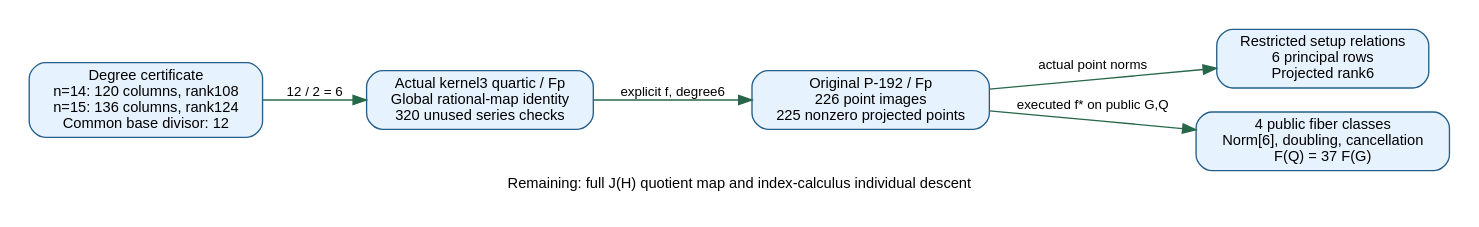
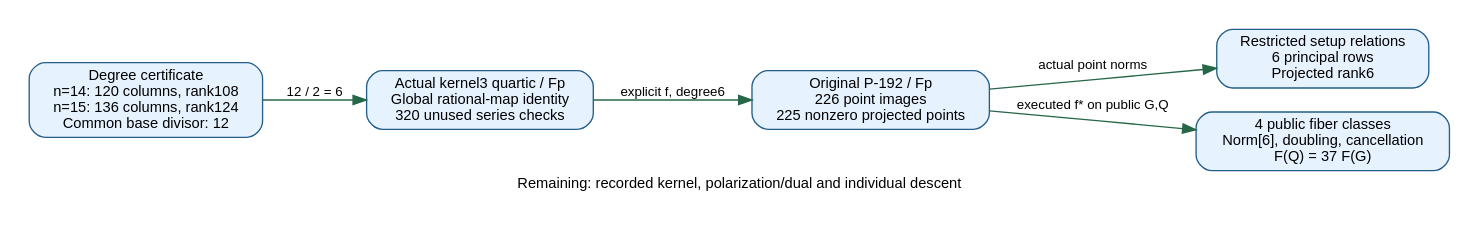
Before and after one commit to isogeny-labs/crypto: the diagram in research/nist_cover_three_tests_20261116/figures/backmap.dot, drawn with Graphviz. The commit also changed 63 other files, not shown here.

```diff
--- a/research/nist_cover_three_tests_20261116/figures/backmap.dot
+++ b/research/nist_cover_three_tests_20261116/figures/backmap.dot
@@ -1,15 +1,15 @@
 digraph backmap {
   graph [rankdir=LR,bgcolor="white",pad=0.2,ranksep=0.4];
   node [shape=box,style="rounded,filled",fontname="Helvetica",fontsize=11,fillcolor="#e7f2ff",color="#235e8a"];
   edge [fontname="Helvetica",fontsize=10,color="#276749"];
-  graph [label="Remaining: full J(H) quotient map and index-calculus individual descent",labelloc=b,fontname="Helvetica",fontsize=11];
+  graph [label="Remaining: recorded kernel, polarization/dual and individual descent",labelloc=b,fontname="Helvetica",fontsize=11];
   quartic [label="Actual kernel3 quartic / Fp\nGlobal rational-map identity\n320 unused series checks"];
   degree [label="Degree certificate\nn=14: 120 columns, rank108\nn=15: 136 columns, rank124\nCommon base divisor: 12"];
   elliptic [label="Original P-192 / Fp\n226 point images\n225 nonzero projected points"];
   rows [label="Restricted setup relations\n6 principal rows\nProjected rank6"];
   pull [label="4 public fiber classes\nNorm[6], doubling, cancellation\nF(Q) = 37 F(G)"];
   quartic -> elliptic [label="explicit f, degree6"];
   degree -> quartic [label="12 / 2 = 6"];
   elliptic -> rows [label="actual point norms"];
   elliptic -> pull [label="executed f* on public G,Q"];
 }
```
